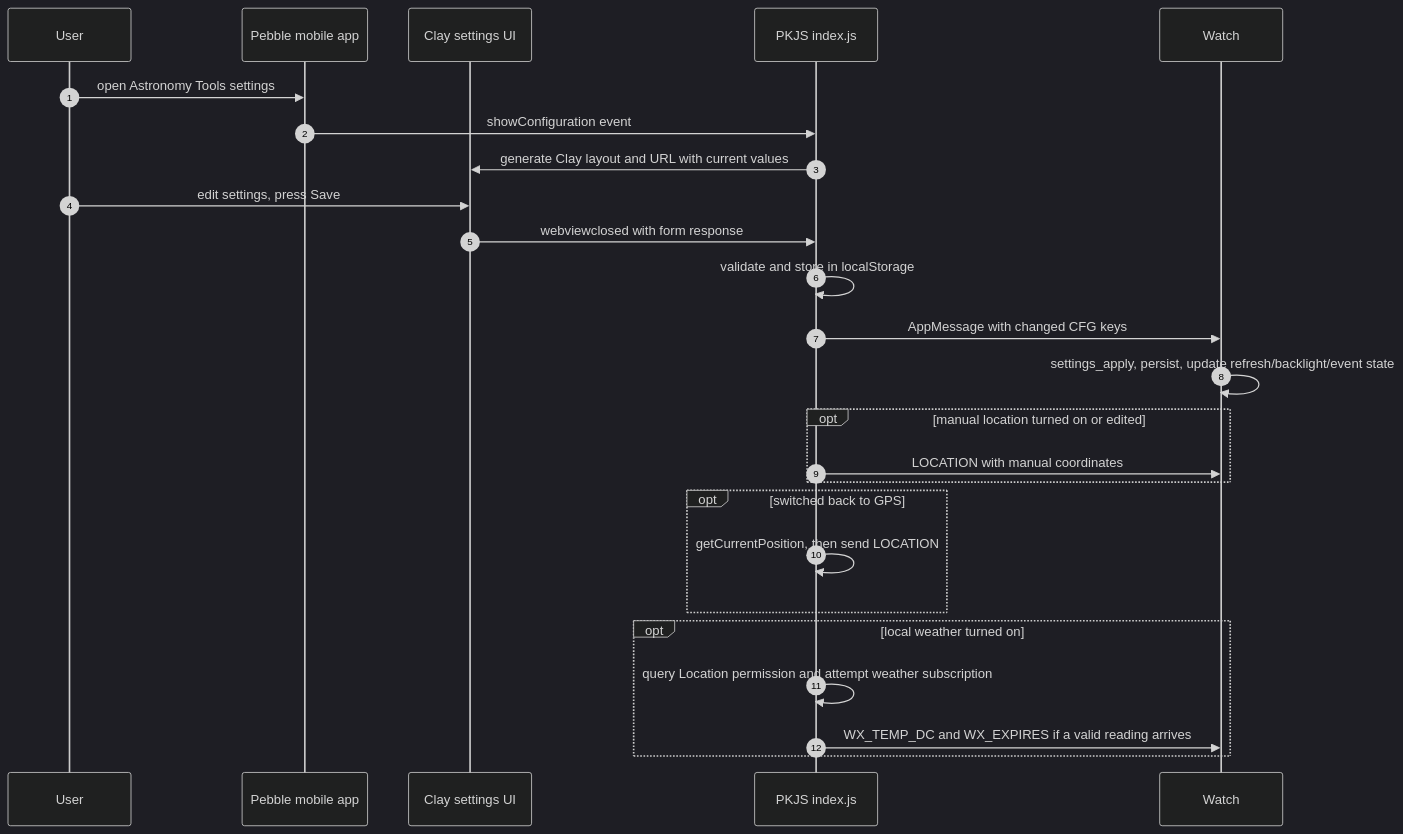
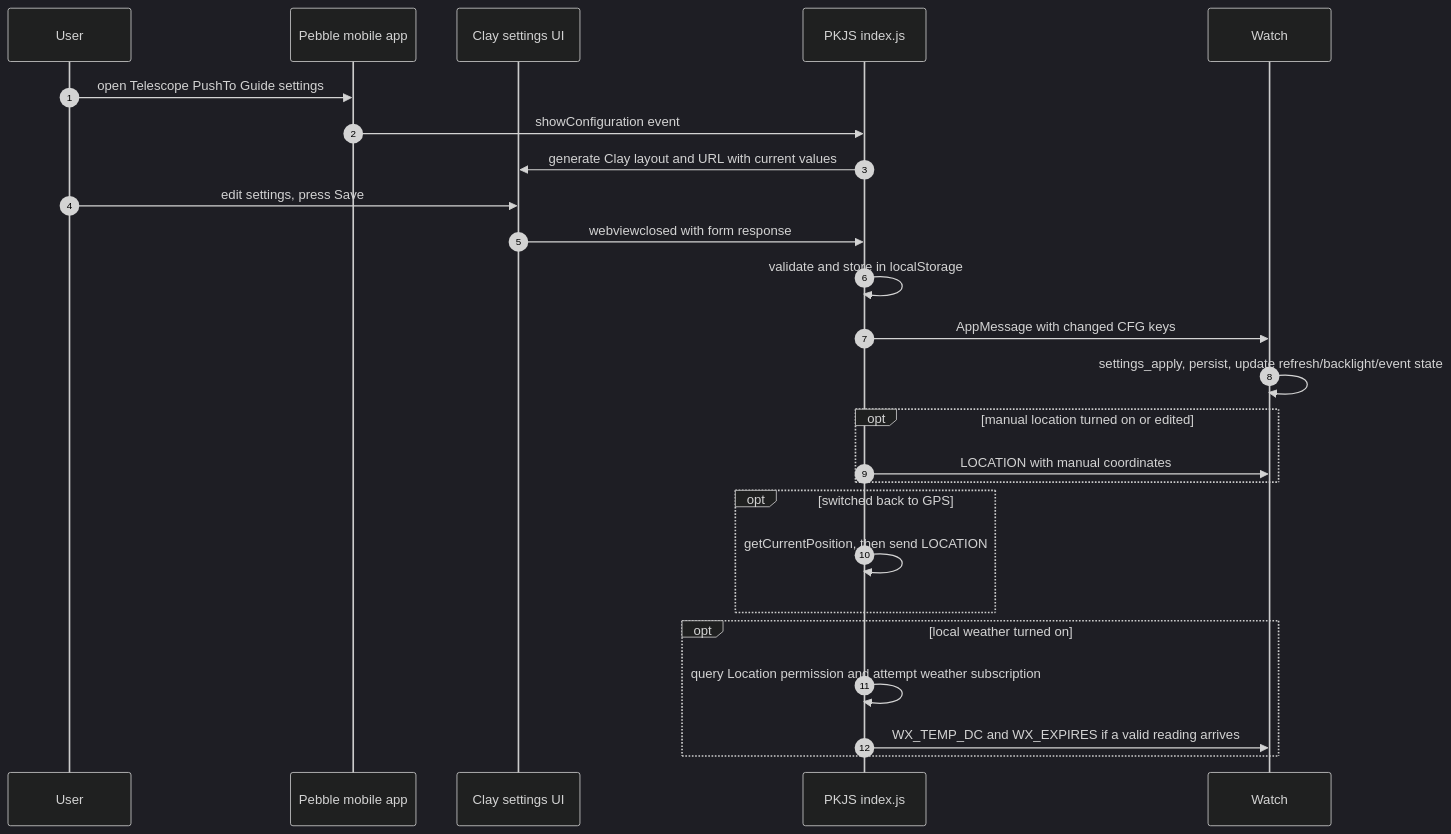
The seventh of 10 diagrams in docs/DESIGN.md (ewsandor/AstroSlop), drawn with Mermaid (dark theme) before and after one commit. The commit also changed other lines of this file and 6 other files, not shown here.

First line of the commit message:
Rebrand Astronomy Tools to PushTo  (#43)

````diff
--- a/docs/DESIGN.md
+++ b/docs/DESIGN.md
@@ -645,28 +646,28 @@
 ```mermaid
 sequenceDiagram
     autonumber
     participant User
     participant PhoneApp as Pebble mobile app
     participant Page as Clay settings UI
     participant PKJS as PKJS index.js
     participant Watch
 
-    User->>PhoneApp: open Astronomy Tools settings
+    User->>PhoneApp: open Telescope PushTo Guide settings
     PhoneApp->>PKJS: showConfiguration event
     PKJS->>Page: generate Clay layout and URL with current values
     User->>Page: edit settings, press Save
     Page->>PKJS: webviewclosed with form response
     PKJS->>PKJS: validate and store in localStorage
     PKJS->>Watch: AppMessage with changed CFG keys
     Watch->>Watch: settings_apply, persist, update refresh/backlight/event state
     opt manual location turned on or edited
         PKJS->>Watch: LOCATION with manual coordinates
     end
     opt switched back to GPS
         PKJS->>PKJS: getCurrentPosition, then send LOCATION
     end
     opt local weather turned on
         PKJS->>PKJS: query Location permission and attempt weather subscription
         PKJS->>Watch: WX_TEMP_DC and WX_EXPIRES if a valid reading arrives
     end
 ```
````
